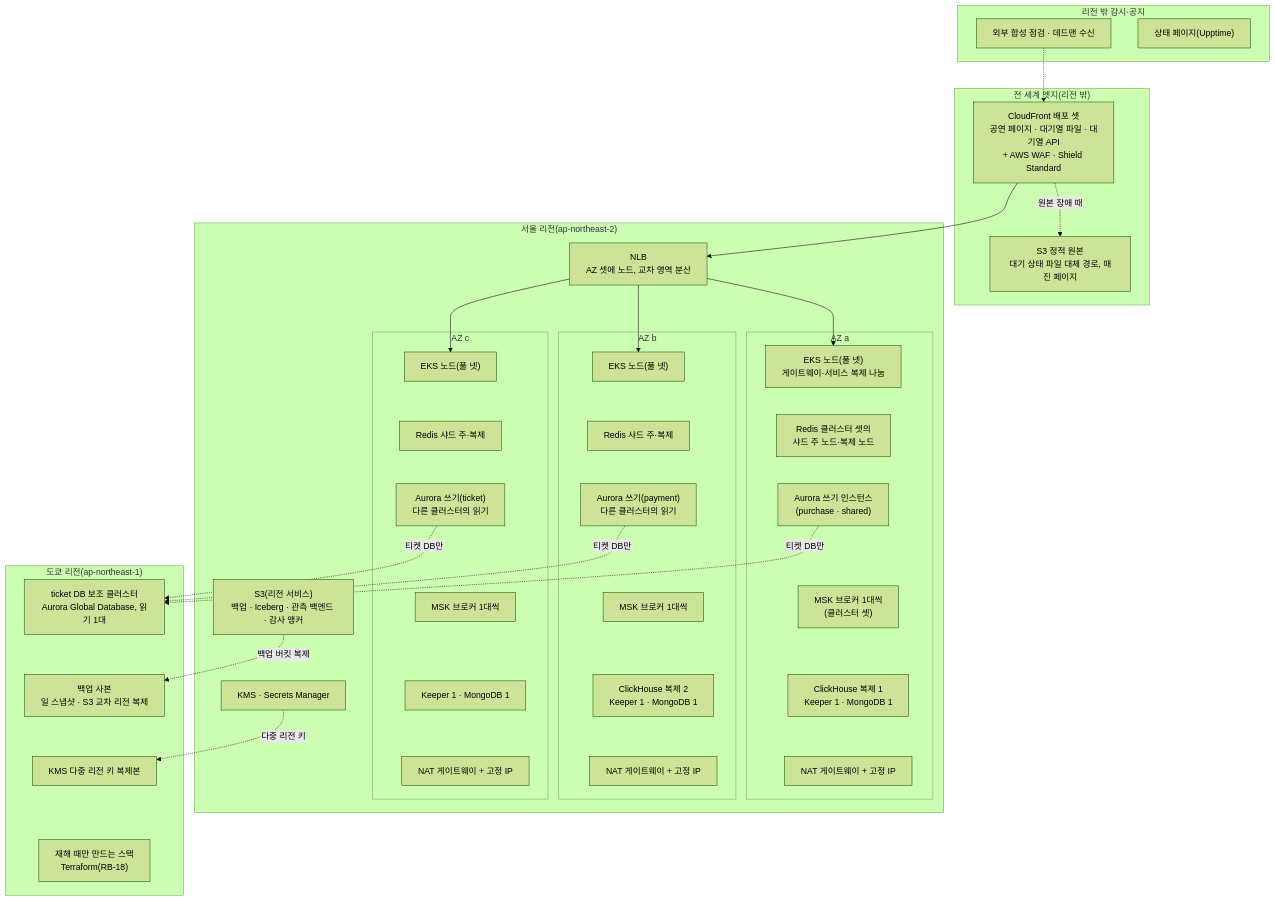
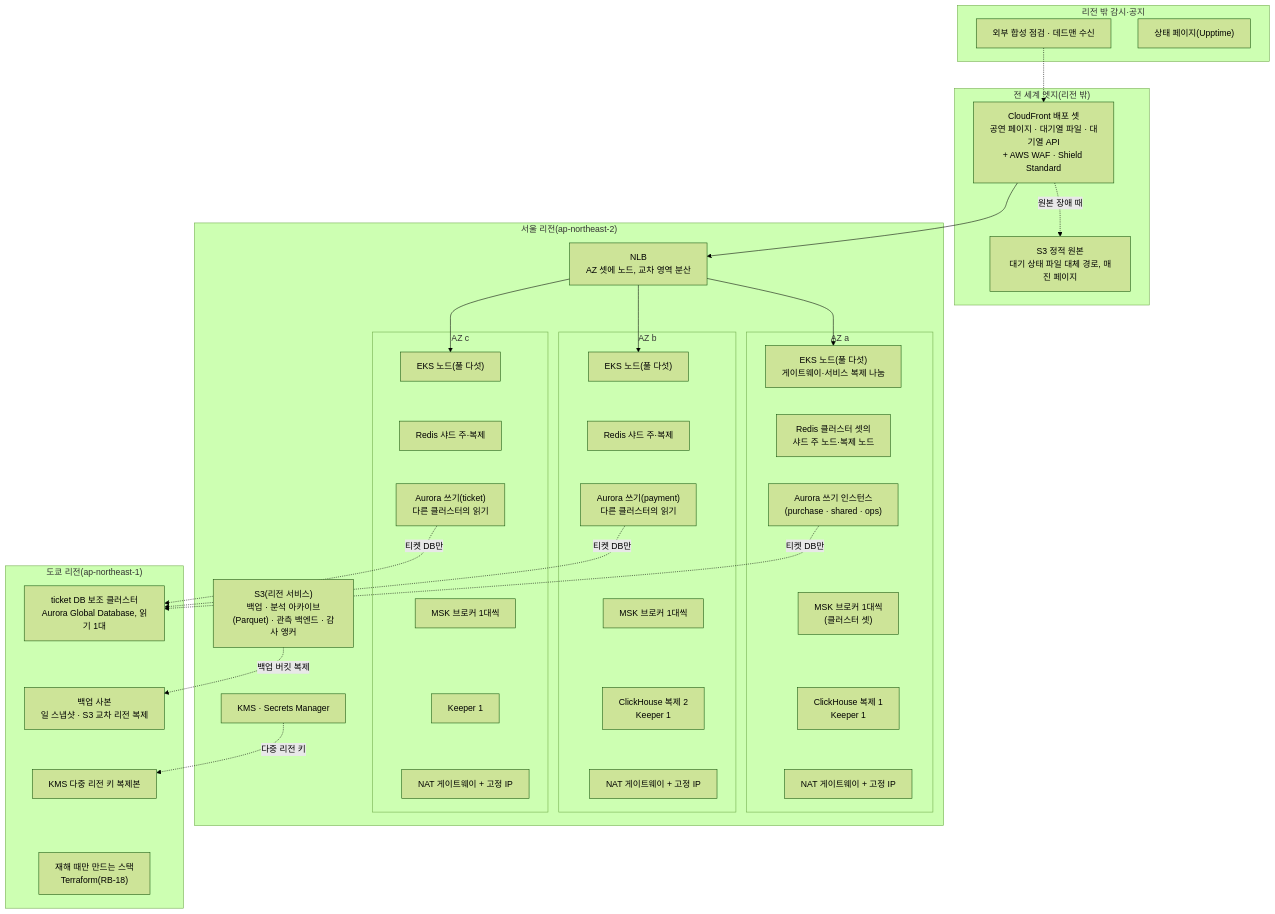
Before and after one commit to peaket/peaket: the first of 3 diagrams in docs/infra-handover.md, drawn with Mermaid (forest theme). The commit also changed other lines of this file and 228 other files, not shown here.

````diff
--- a/docs/infra-handover.md
+++ b/docs/infra-handover.md
@@ -24,57 +24,57 @@
 ```mermaid
 flowchart TB
     subgraph EDGE["전 세계 엣지(리전 밖)"]
         CF["CloudFront 배포 셋<br/>공연 페이지 · 대기열 파일 · 대기열 API<br/>+ AWS WAF · Shield Standard"]
         S3S["S3 정적 원본<br/>대기 상태 파일 대체 경로, 매진 페이지"]
     end
     subgraph SEOUL["서울 리전(ap-northeast-2)"]
         NLB["NLB<br/>AZ 셋에 노드, 교차 영역 분산"]
         subgraph AZA["AZ a"]
-            EA["EKS 노드(풀 넷)<br/>게이트웨이·서비스 복제 나눔"]
+            EA["EKS 노드(풀 다섯)<br/>게이트웨이·서비스 복제 나눔"]
             RA["Redis 클러스터 셋의<br/>샤드 주 노드·복제 노드"]
-            DA["Aurora 쓰기 인스턴스<br/>(purchase · shared)"]
+            DA["Aurora 쓰기 인스턴스<br/>(purchase · shared · ops)"]
             KA["MSK 브로커 1대씩<br/>(클러스터 셋)"]
-            CA["ClickHouse 복제 1<br/>Keeper 1 · MongoDB 1"]
+            CA["ClickHouse 복제 1<br/>Keeper 1"]
             NA["NAT 게이트웨이 + 고정 IP"]
             EA ~~~ RA ~~~ DA ~~~ KA ~~~ CA ~~~ NA
         end
         subgraph AZB["AZ b"]
-            EB["EKS 노드(풀 넷)"]
+            EB["EKS 노드(풀 다섯)"]
             RB["Redis 샤드 주·복제"]
             DB["Aurora 쓰기(payment)<br/>다른 클러스터의 읽기"]
             KB["MSK 브로커 1대씩"]
-            CB["ClickHouse 복제 2<br/>Keeper 1 · MongoDB 1"]
+            CB["ClickHouse 복제 2<br/>Keeper 1"]
             NB["NAT 게이트웨이 + 고정 IP"]
             EB ~~~ RB ~~~ DB ~~~ KB ~~~ CB ~~~ NB
         end
         subgraph AZC["AZ c"]
-            EC["EKS 노드(풀 넷)"]
+            EC["EKS 노드(풀 다섯)"]
             RC["Redis 샤드 주·복제"]
             DC["Aurora 쓰기(ticket)<br/>다른 클러스터의 읽기"]
             KC["MSK 브로커 1대씩"]
-            CC["Keeper 1 · MongoDB 1"]
+            CC["Keeper 1"]
             NC["NAT 게이트웨이 + 고정 IP"]
             EC ~~~ RC ~~~ DC ~~~ KC ~~~ CC ~~~ NC
         end
-        S3R["S3(리전 서비스)<br/>백업 · Iceberg · 관측 백엔드 · 감사 앵커"]
+        S3R["S3(리전 서비스)<br/>백업 · 분석 아카이브(Parquet) · 관측 백엔드 · 감사 앵커"]
         KMS["KMS · Secrets Manager"]
     end
     subgraph TOKYO["도쿄 리전(ap-northeast-1)"]
         GDB["ticket DB 보조 클러스터<br/>Aurora Global Database, 읽기 1대"]
         BK["백업 사본<br/>일 스냅샷 · S3 교차 리전 복제"]
         KMSR["KMS 다중 리전 키 복제본"]
         DR["재해 때만 만드는 스택<br/>Terraform(RB-18)"]
         GDB ~~~ BK ~~~ KMSR ~~~ DR
     end
     subgraph EXTERN["리전 밖 감시·공지"]
         SYN["외부 합성 점검 · 데드맨 수신"]
         STATUS["상태 페이지(Upptime)"]
     end
     CF --> NLB
     CF -.원본 장애 때.-> S3S
     NLB --> EA & EB & EC
     DA & DB & DC -.티켓 DB만.-> GDB
     S3R -.백업 버킷 복제.-> BK
     KMS -.다중 리전 키.-> KMSR
     SYN -.-> CF
 ```
````
